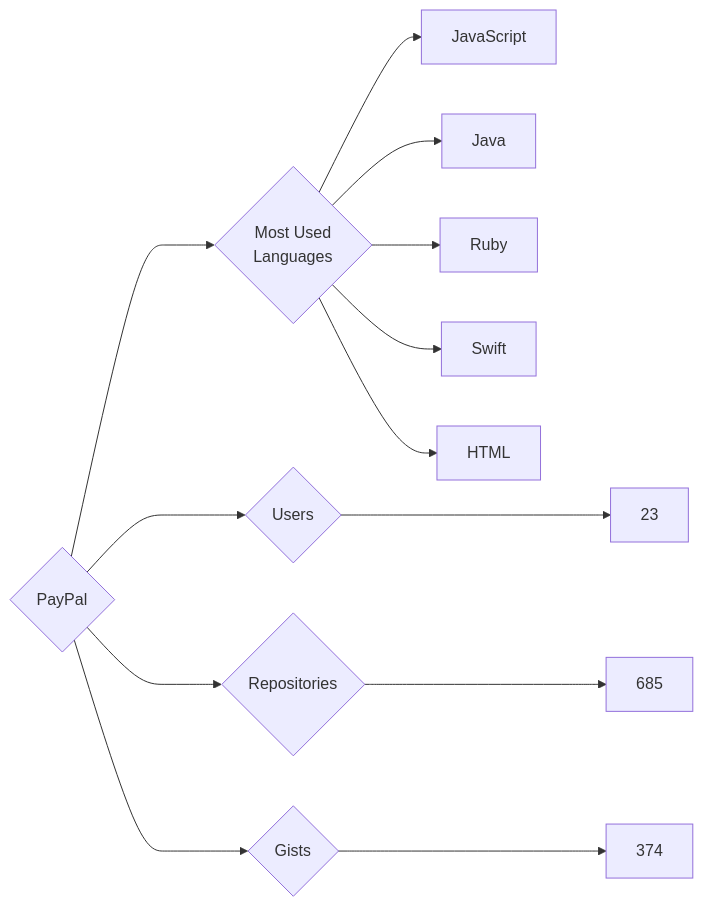
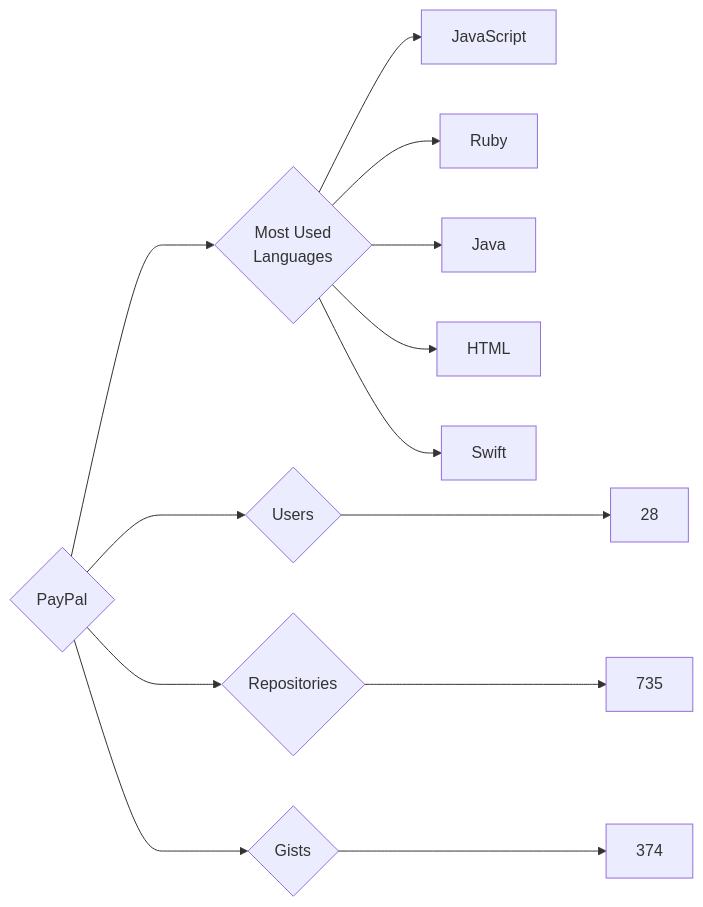
The diagram in targets/PayPal/README.md (trickest/insiders), drawn with Mermaid before and after one commit. The commit also changed 928 other files, not shown here.

````diff
--- a/targets/PayPal/README.md
+++ b/targets/PayPal/README.md
@@ -3,13 +3,13 @@
 ```mermaid
 graph LR
 COMPANY_NAME{PayPal}
-COMPANY_NAME ---> U{Users} ---> UN[23]
-COMPANY_NAME ---> R{Repositories} ---> RN[685]
+COMPANY_NAME ---> U{Users} ---> UN[28]
+COMPANY_NAME ---> R{Repositories} ---> RN[735]
 COMPANY_NAME ---> G{Gists} ---> GN[374]
 COMPANY_NAME ---> ML{Most Used<br>Languages}
 ML --> JavaScript[JavaScript]
+ML --> Ruby[Ruby]
 ML --> Java[Java]
-ML --> Ruby[Ruby]
+ML --> HTML[HTML]
 ML --> Swift[Swift]
-ML --> HTML[HTML]
 ```
````
